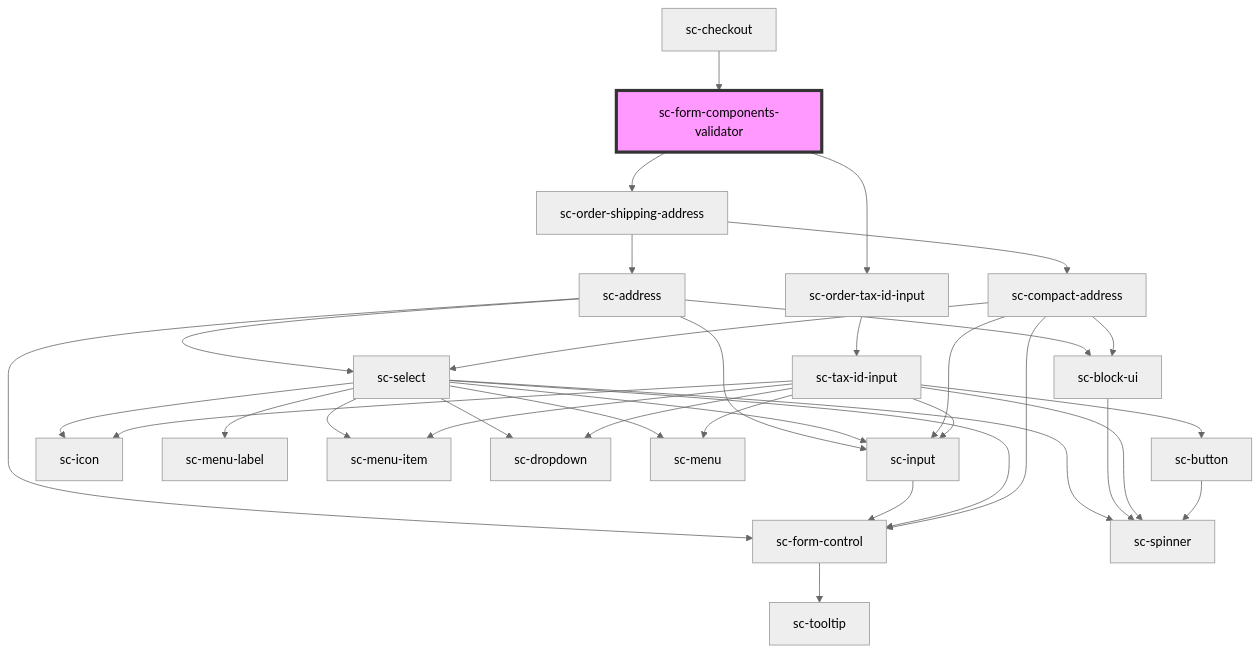
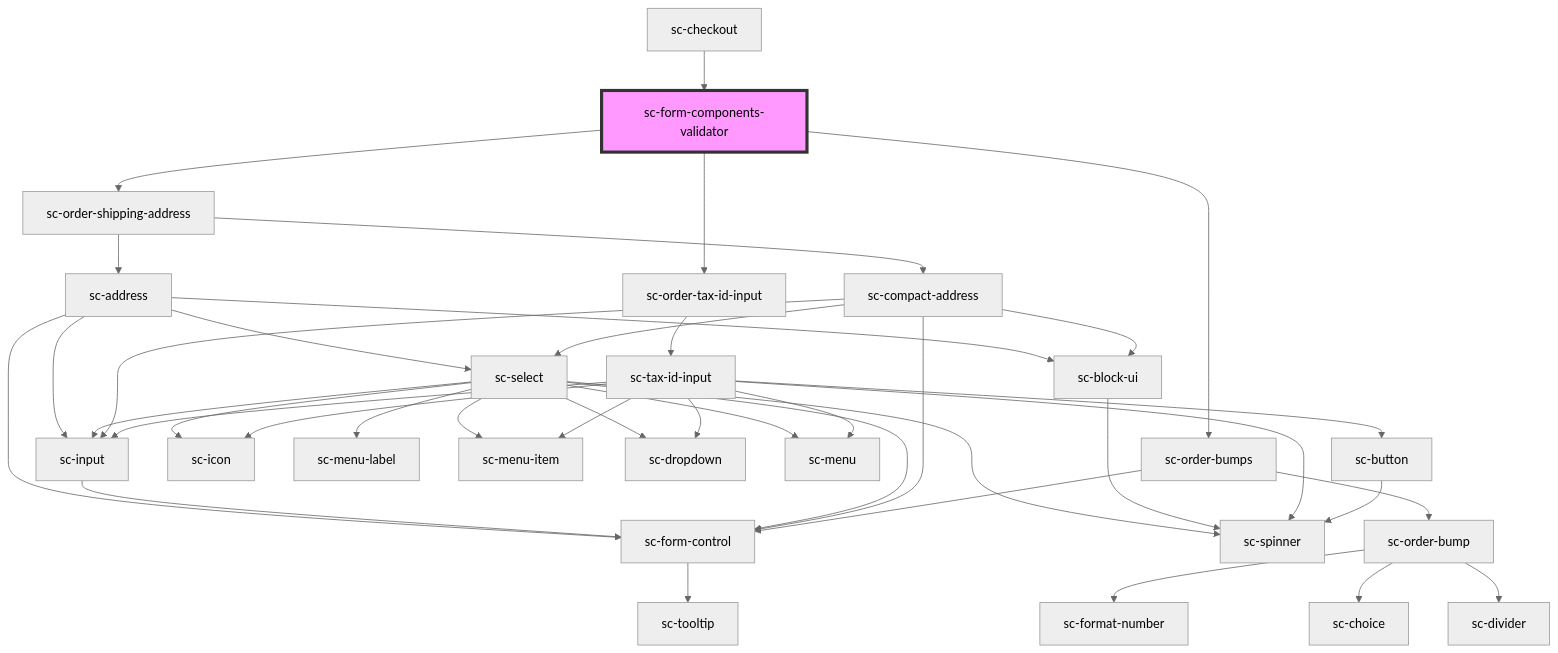
Before and after one commit to surecart/surecart-wp-plugin: the diagram in packages/components/src/components/providers/form-components-validator/readme.md, drawn with Mermaid (neutral theme). The commit also changed other lines of this file and 50 other files, not shown here.

````diff
--- a/packages/components/src/components/providers/form-components-validator/readme.md
+++ b/packages/components/src/components/providers/form-components-validator/readme.md
@@ -29,37 +30,43 @@
 ```mermaid
 graph TD;
   sc-form-components-validator --> sc-order-shipping-address
   sc-form-components-validator --> sc-order-tax-id-input
+  sc-form-components-validator --> sc-order-bumps
   sc-order-shipping-address --> sc-address
   sc-order-shipping-address --> sc-compact-address
   sc-address --> sc-form-control
   sc-address --> sc-input
   sc-address --> sc-select
   sc-address --> sc-block-ui
   sc-form-control --> sc-tooltip
   sc-input --> sc-form-control
   sc-select --> sc-icon
   sc-select --> sc-menu-label
   sc-select --> sc-menu-item
   sc-select --> sc-form-control
   sc-select --> sc-dropdown
   sc-select --> sc-input
   sc-select --> sc-spinner
   sc-select --> sc-menu
   sc-block-ui --> sc-spinner
   sc-compact-address --> sc-form-control
   sc-compact-address --> sc-select
   sc-compact-address --> sc-input
   sc-compact-address --> sc-block-ui
   sc-order-tax-id-input --> sc-tax-id-input
   sc-tax-id-input --> sc-icon
   sc-tax-id-input --> sc-input
   sc-tax-id-input --> sc-spinner
   sc-tax-id-input --> sc-dropdown
   sc-tax-id-input --> sc-button
   sc-tax-id-input --> sc-menu
   sc-tax-id-input --> sc-menu-item
   sc-button --> sc-spinner
+  sc-order-bumps --> sc-form-control
+  sc-order-bumps --> sc-order-bump
+  sc-order-bump --> sc-format-number
+  sc-order-bump --> sc-choice
+  sc-order-bump --> sc-divider
   sc-checkout --> sc-form-components-validator
   style sc-form-components-validator fill:#f9f,stroke:#333,stroke-width:4px
 ```
````
